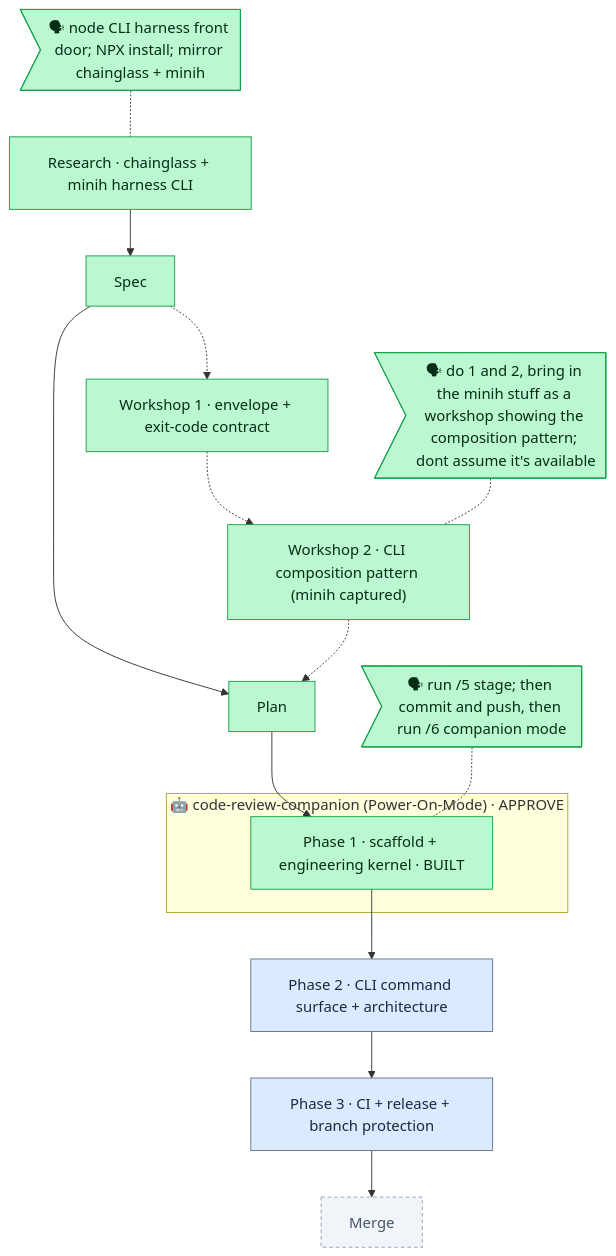
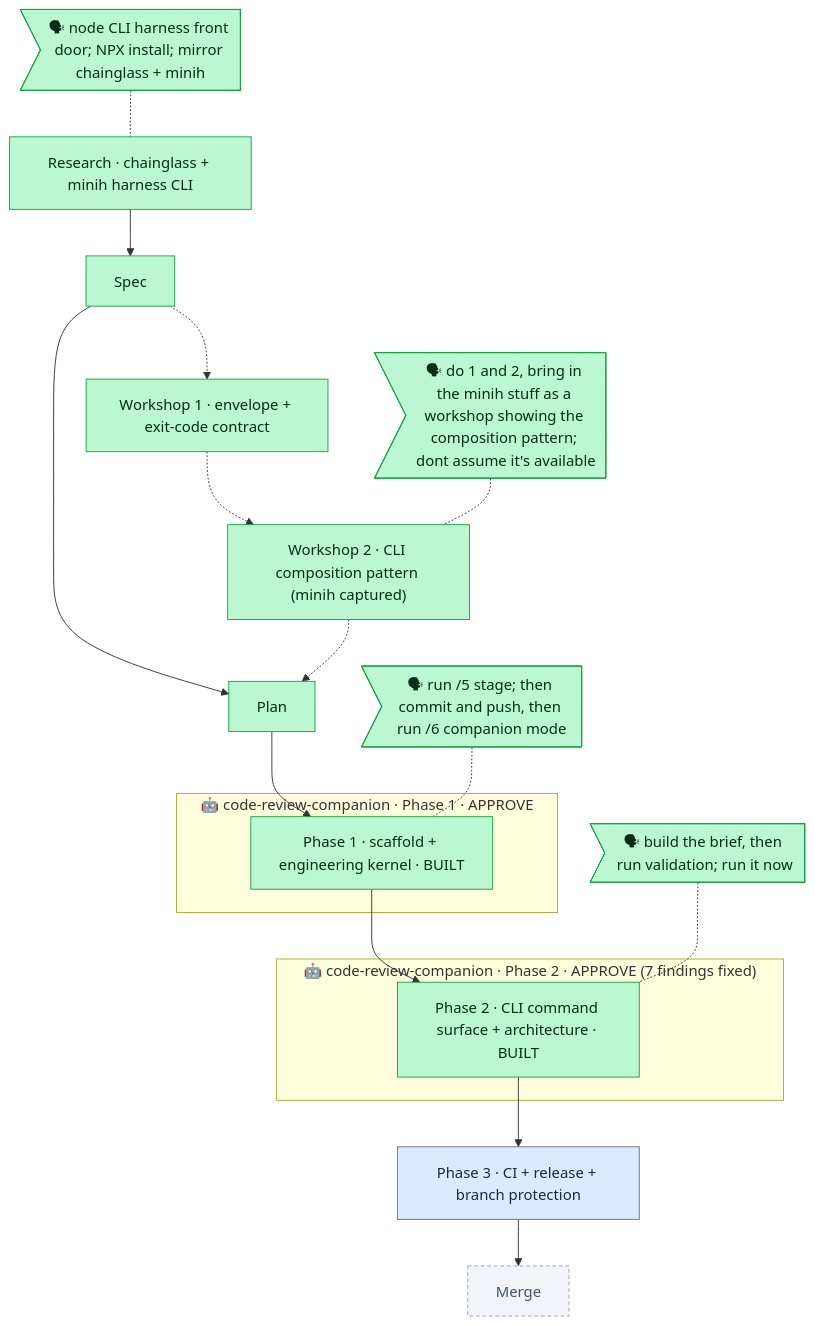
Before and after one commit to AI-Substrate/harness-engineering: the diagram in docs/plans/004-harness-core/the-flow.md, drawn with Mermaid. The commit also changed other lines of this file and 3 other files, not shown here.

First line of the commit message:
docs(harness-core): Phase 2 companion debrief + retro, flow → Phase 3

````diff
--- a/docs/plans/004-harness-core/the-flow.md
+++ b/docs/plans/004-harness-core/the-flow.md
@@ -5,31 +5,35 @@
 ```mermaid
 flowchart TD
   classDef done fill:#bbf7d0,stroke:#16a34a,color:#052e16;
   classDef wip fill:#fed7aa,stroke:#ea580c,color:#7c2d12;
   classDef blocked fill:#fecaca,stroke:#dc2626,color:#7f1d1d;
   classDef known fill:#dbeafe,stroke:#64748b,color:#1e293b;
   classDef assumed fill:#f1f5f9,stroke:#94a3b8,color:#475569,stroke-dasharray:4 3;
 
   research["Research · chainglass + minih harness CLI"]:::done
   spec["Spec"]:::done
   plan["Plan"]:::done
-  subgraph companion["🤖 code-review-companion (Power-On-Mode) · APPROVE"]
+  subgraph companion1["🤖 code-review-companion · Phase 1 · APPROVE"]
     p1["Phase 1 · scaffold + engineering kernel · BUILT"]:::done
   end
-  p2["Phase 2 · CLI command surface + architecture"]:::known
+  subgraph companion2["🤖 code-review-companion · Phase 2 · APPROVE (7 findings fixed)"]
+    p2["Phase 2 · CLI command surface + architecture · BUILT"]:::done
+  end
   p3["Phase 3 · CI + release + branch protection"]:::known
   merge["Merge"]:::assumed
 
   research --> spec --> plan --> p1 --> p2 --> p3 --> merge
 
   ws1["Workshop 1 · envelope + exit-code contract"]:::done
   ws2["Workshop 2 · CLI composition pattern (minih captured)"]:::done
   spec -.-> ws1 -.-> ws2 -.-> plan
 
   said_research>"🗣 node CLI harness front door; NPX install; mirror chainglass + minih"]:::done
   said_research -.- research
   said_ws>"🗣 do 1 and 2, bring in the minih stuff as a workshop showing the composition pattern; dont assume it's available"]:::done
   said_ws -.- ws2
   said_p1>"🗣 run /5 stage; then commit and push, then run /6 companion mode"]:::done
   said_p1 -.- p1
+  said_p2>"🗣 build the brief, then run validation; run it now"]:::done
+  said_p2 -.- p2
 ```
````
